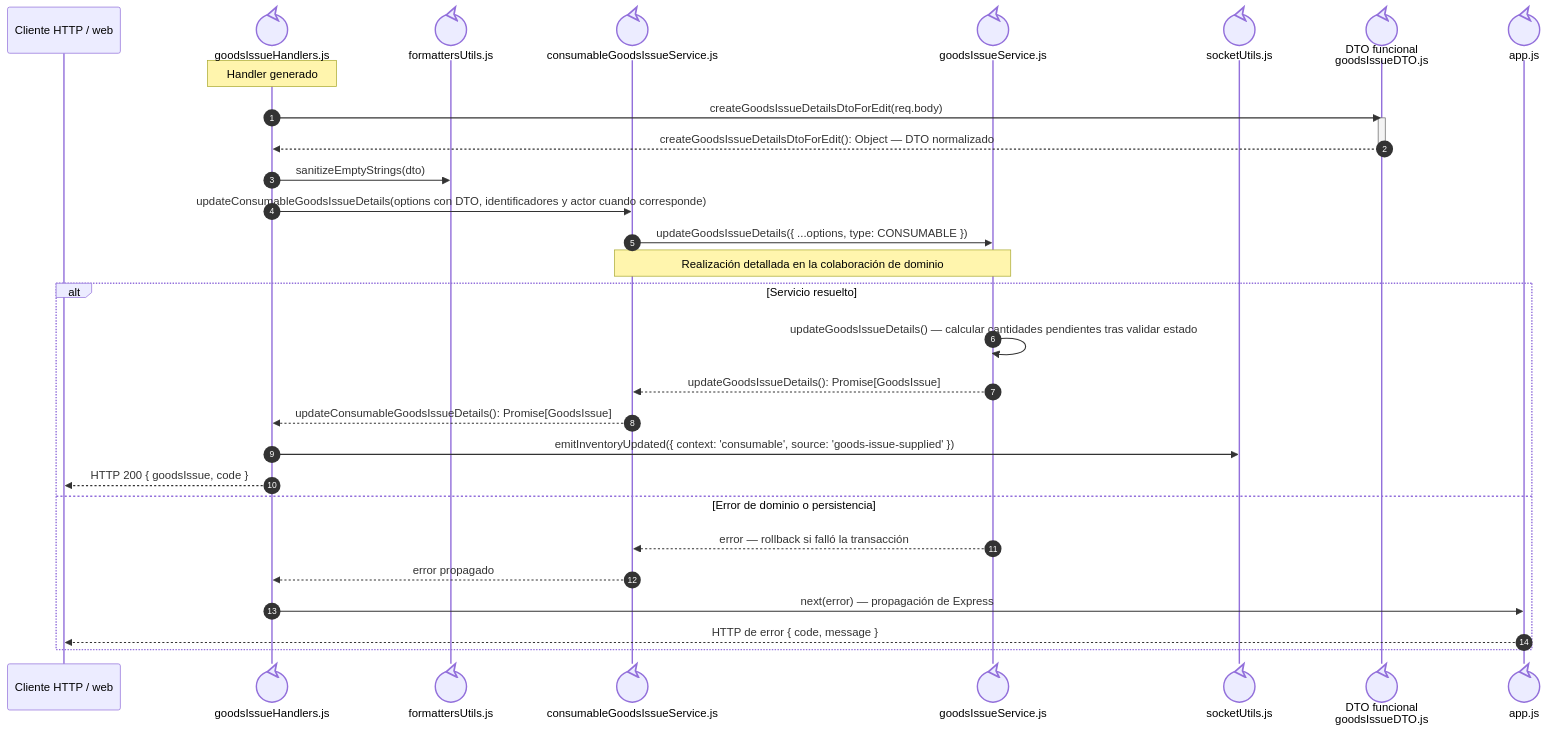
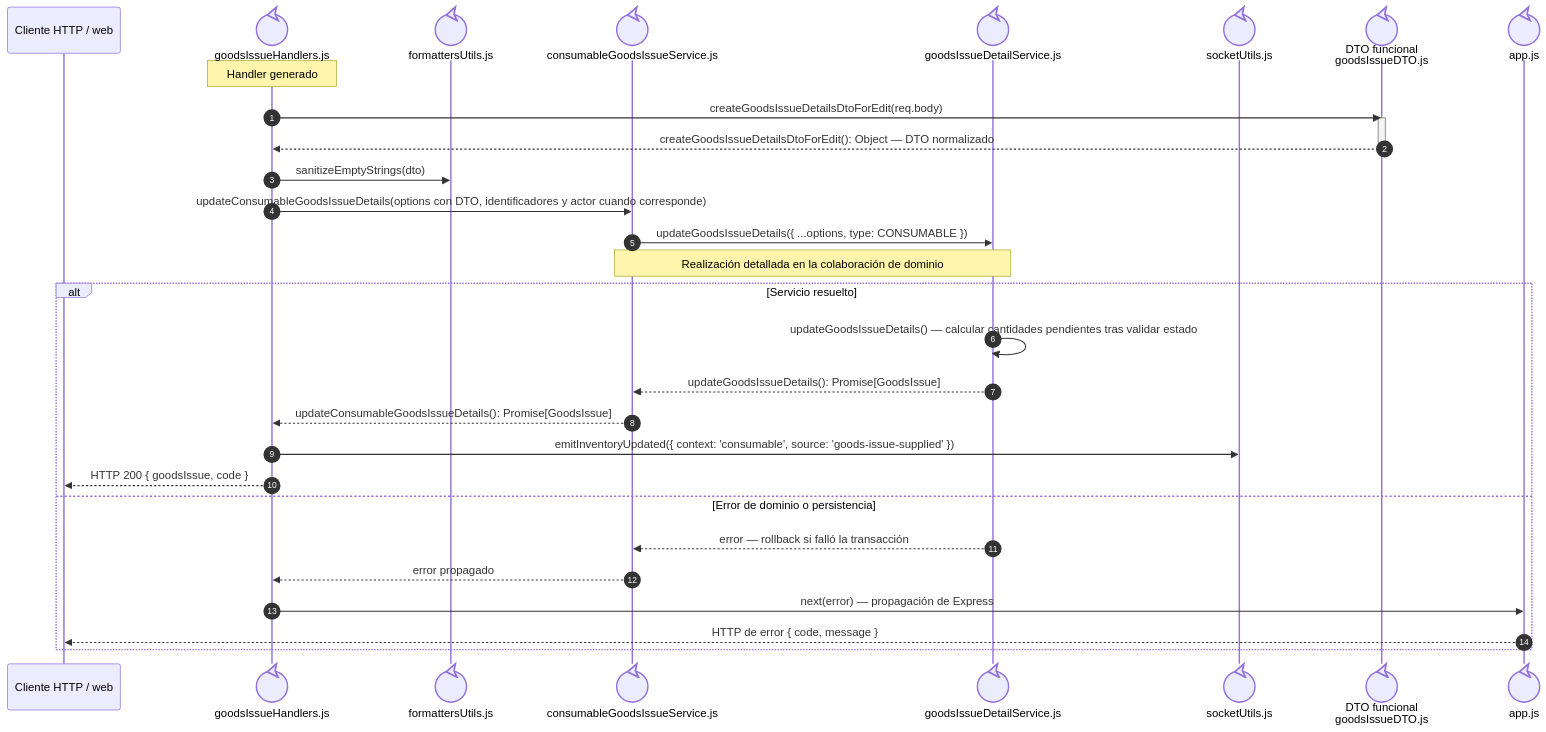
The third of 6 diagrams in docs/architecture/views/processes/backend-code-sequences/issues/cu-sal-19.md (gpgsistemas01/nexus), drawn with Mermaid before and after one commit. The commit also changed other lines of this file and 122 other files, not shown here.

````diff
--- a/docs/architecture/views/processes/backend-code-sequences/issues/cu-sal-19.md
+++ b/docs/architecture/views/processes/backend-code-sequences/issues/cu-sal-19.md
@@ -117,34 +120,34 @@
 ```mermaid
 sequenceDiagram
     autonumber
     participant Client as Cliente HTTP / web
     participant Controller@{ "type": "control" } as goodsIssueHandlers.js
     participant Formatter@{ "type": "control" } as formattersUtils.js
     participant Facade@{ "type": "control" } as consumableGoodsIssueService.js
-    participant Core@{ "type": "control" } as goodsIssueService.js
+    participant Core@{ "type": "control" } as goodsIssueDetailService.js
     participant Socket@{ "type": "control" } as socketUtils.js
     participant DTO@{ "type": "control" } as DTO funcional<br/>goodsIssueDTO.js
     participant ErrorHandler@{ "type": "control" } as app.js
 
     Note over Controller: Handler generado
     Controller->>DTO: createGoodsIssueDetailsDtoForEdit(req.body)
     activate DTO
     DTO-->>Controller: createGoodsIssueDetailsDtoForEdit(): Object — DTO normalizado
     deactivate DTO
     Controller->>Formatter: sanitizeEmptyStrings(dto)
     Controller->>Facade: updateConsumableGoodsIssueDetails(options con DTO, identificadores y actor cuando corresponde)
     Facade->>Core: updateGoodsIssueDetails({ ...options, type: CONSUMABLE })
     Note over Facade,Core: Realización detallada en la colaboración de dominio
     alt Servicio resuelto
         Core->>Core: updateGoodsIssueDetails() — calcular cantidades pendientes tras validar estado
         Core-->>Facade: updateGoodsIssueDetails(): Promise[GoodsIssue]
         Facade-->>Controller: updateConsumableGoodsIssueDetails(): Promise[GoodsIssue]
         Controller->>Socket: emitInventoryUpdated({ context: 'consumable', source: 'goods-issue-supplied' })
         Controller-->>Client: HTTP 200 { goodsIssue, code }
     else Error de dominio o persistencia
         Core-->>Facade: error — rollback si falló la transacción
         Facade-->>Controller: error propagado
         Controller->>ErrorHandler: next(error) — propagación de Express
         ErrorHandler-->>Client: HTTP de error { code, message }
     end
 ```
````
